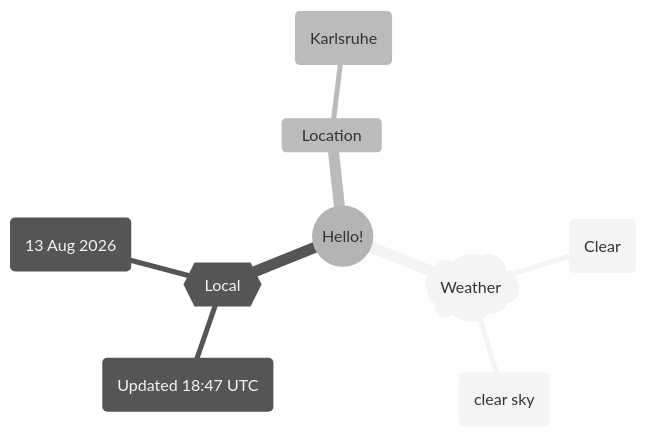
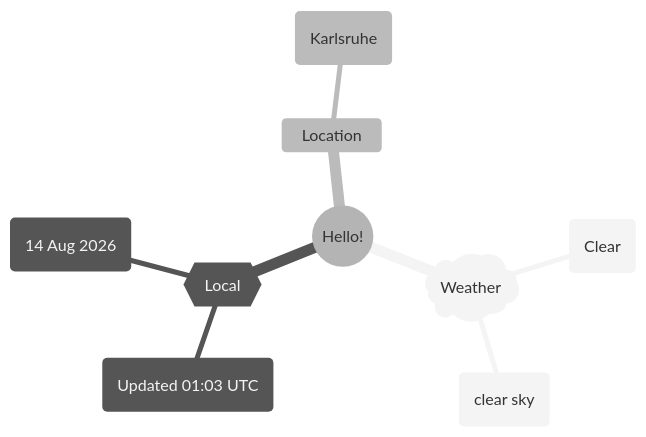
Before and after one commit to Xosrov/Xosrov: the first of 2 diagrams in README.md, drawn with Mermaid (neutral theme).

Commit message:
[bot] updated images

````diff
--- a/README.md
+++ b/README.md
@@ -3,12 +3,12 @@
 ```mermaid
 mindmap
   root((Hello!))
     )Weather(
         (Clear)
         (clear sky)
     {{Local}}
-        (Updated 18:47 UTC)
-        (13 Aug 2026)
+        (Updated 01:03 UTC)
+        (14 Aug 2026)
     Location
         (Karlsruhe)
 ```
````
